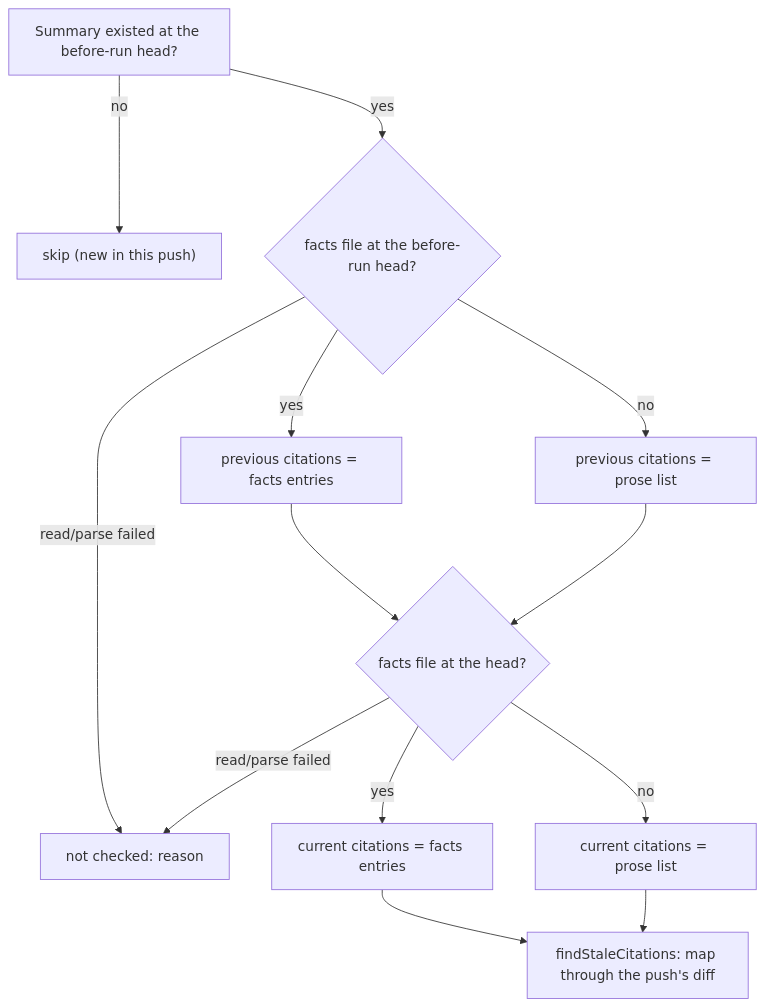
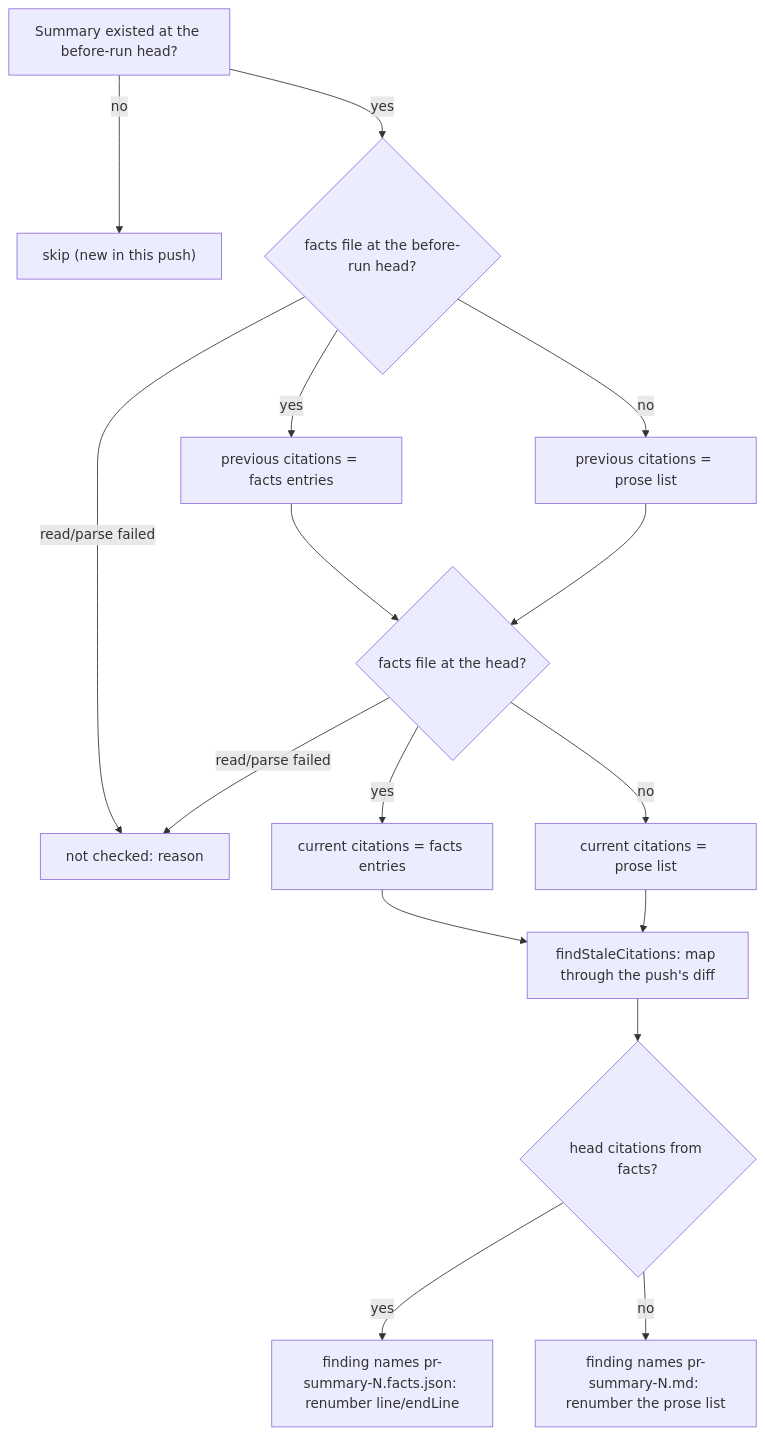
Before and after one commit to stSoftwareAU/VibeCoder: the diagram in docs/archive/pr-summaries/pr-summary-3536.md, drawn with Mermaid. The commit also changed other lines of this file and 4 other files, not shown here.

First line of the commit message:
Name the facts file in stale facts citations; pin the facts ls-tree argv (#3536)

````diff
--- a/docs/archive/pr-summaries/pr-summary-3536.md
+++ b/docs/archive/pr-summaries/pr-summary-3536.md
@@ -53,15 +62,18 @@
 ```mermaid
 flowchart TD
     S["Summary existed at the before-run head?"] -- no --> K["skip (new in this push)"]
     S -- yes --> P{"facts file at the before-run head?"}
     P -- "read/parse failed" --> U["not checked: reason"]
     P -- yes --> PF["previous citations = facts entries"]
     P -- no --> PP["previous citations = prose list"]
     PF --> H{"facts file at the head?"}
     PP --> H
     H -- "read/parse failed" --> U
     H -- yes --> HF["current citations = facts entries"]
     H -- no --> HP["current citations = prose list"]
     HF --> C["findStaleCitations: map through the push's diff"]
     HP --> C
+    C --> L{"head citations from facts?"}
+    L -- yes --> LF["finding names pr-summary-N.facts.json: renumber line/endLine"]
+    L -- no --> LP["finding names pr-summary-N.md: renumber the prose list"]
 ```
````
